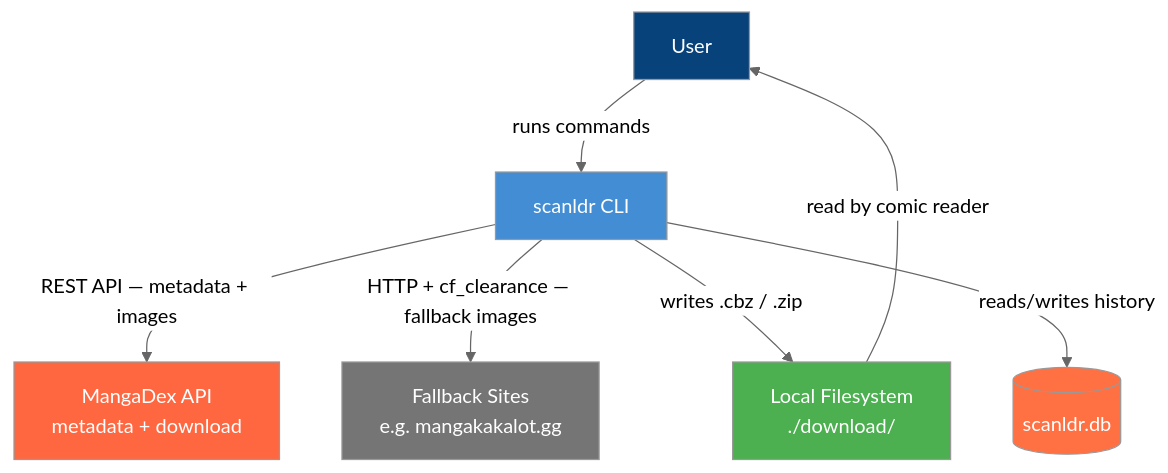
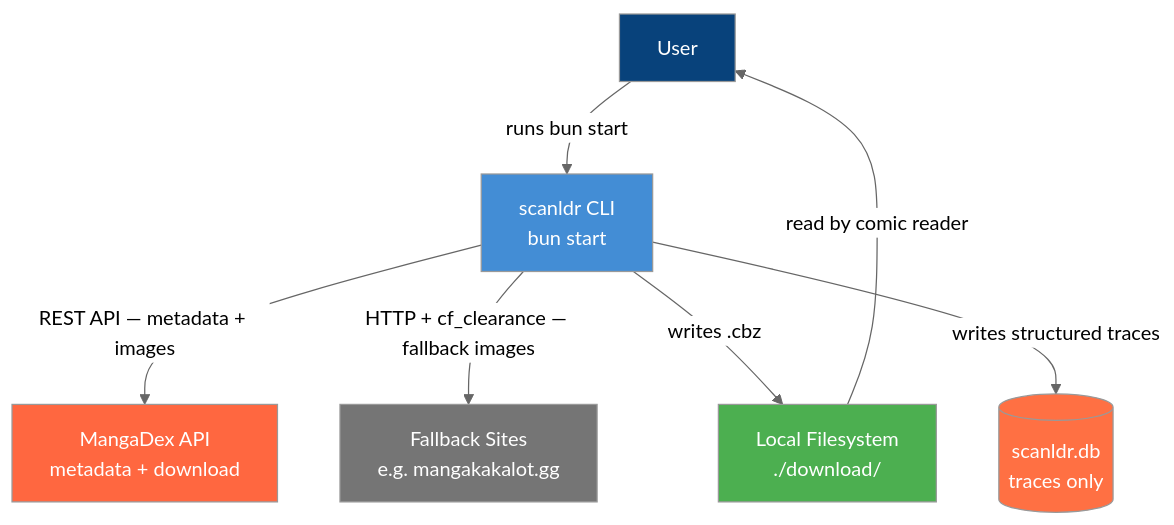
One commit to malaquiasdev/scanldr changed the first of 2 diagrams in docs/architecture_c4.md. Above: the diagram before and after it, drawn with Mermaid (neutral theme). The commit also changed other lines of this file and 5 other files, not shown here.

````diff
--- a/docs/architecture_c4.md
+++ b/docs/architecture_c4.md
@@ -5,22 +7,23 @@
 ```mermaid
 graph TD
     User[User]
-    CLI[scanldr CLI]
+    CLI[scanldr CLI<br/>bun start]
     MangaDex[MangaDex API<br/>metadata + download]
     Fallback[Fallback Sites<br/>e.g. mangakakalot.gg]
     FS[Local Filesystem<br/>./download/]
+    DB[(scanldr.db<br/>traces only)]
 
-    User -->|runs commands| CLI
+    User -->|runs bun start| CLI
     CLI -->|REST API — metadata + images| MangaDex
     CLI -->|HTTP + cf_clearance — fallback images| Fallback
-    CLI -->|writes .cbz / .zip| FS
-    CLI -->|reads/writes history| DB[(scanldr.db)]
+    CLI -->|writes .cbz| FS
+    CLI -->|writes structured traces| DB
     FS -->|read by comic reader| User
 
     style CLI fill:#438dd5,color:#fff
     style MangaDex fill:#ff6740,color:#fff
     style Fallback fill:#757575,color:#fff
     style User fill:#08427b,color:#fff
     style FS fill:#4caf50,color:#fff
     style DB fill:#ff7043,color:#fff
 ```
````
